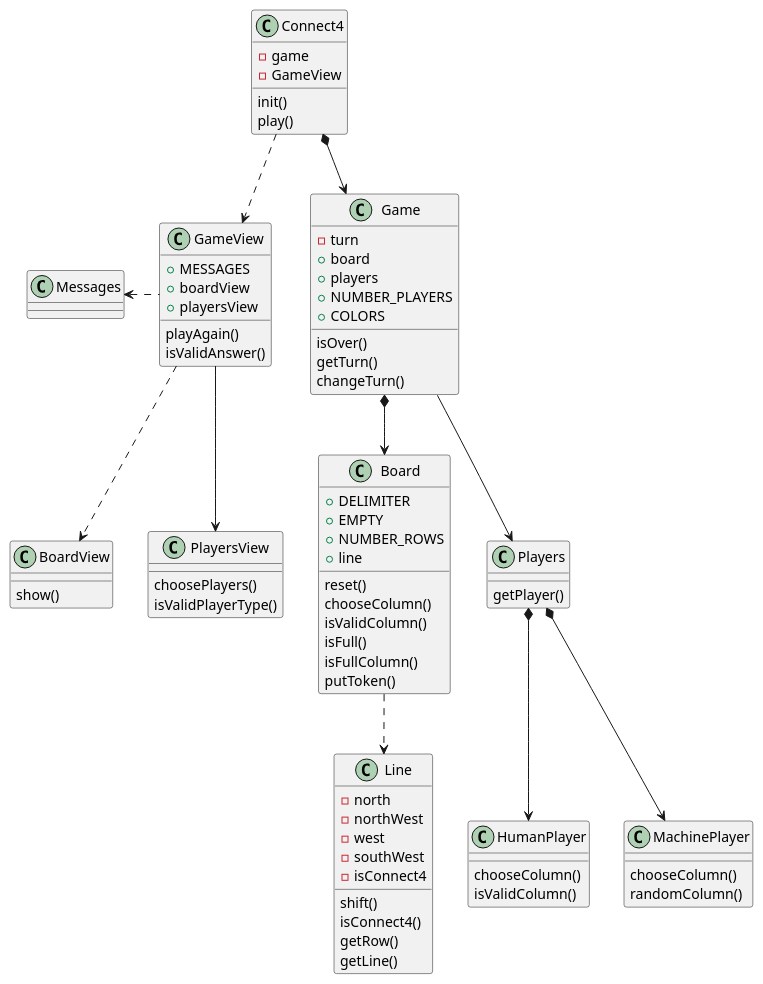
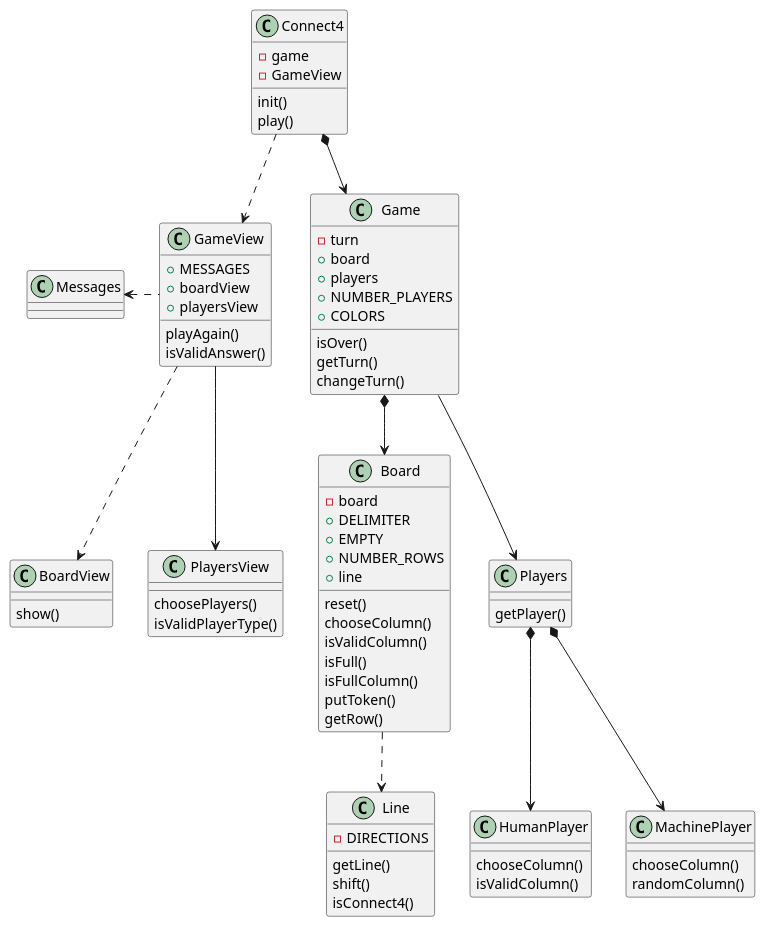
One commit to BernatQI/Master-Programacion-Diseno-Software changed the diagram in Connect4/images/structure-diagrams/classes-diagram.plantuml. Above: the diagram before and after it, drawn with PlantUML. The commit also changed 1 other file, not shown here.

Commit message:
update isConnect4

```diff
--- a/Connect4/images/structure-diagrams/classes-diagram.plantuml
+++ b/Connect4/images/structure-diagrams/classes-diagram.plantuml
@@ -1,87 +1,84 @@
 @startuml "Classes Diagram"
 
 class Connect4 {
   - game
   - GameView
 
   init()
   play()
 }
 class Game {
   - turn
   + board
   + players
   + NUMBER_PLAYERS
   + COLORS
 
   isOver()
   getTurn()
   changeTurn()
 }
 class GameView {
   + MESSAGES
   + boardView
   + playersView
 
   playAgain()
   isValidAnswer()
 }
 class Board {
+  - board
   + DELIMITER
   + EMPTY
   + NUMBER_ROWS
   + line
 
   reset()
   chooseColumn()
   isValidColumn()
   isFull()
   isFullColumn()
   putToken()
+  getRow()
 }
 class BoardView {
   show()
 }
 class Line {
-  - north
-  - northWest
-  - west
-  - southWest
-  - isConnect4
+  - DIRECTIONS
 
+  getLine()
   shift()
   isConnect4()
-  getRow()
-  getLine()
 }
 class Players {
   getPlayer()
 }
 class PlayersView {
   choosePlayers()
   isValidPlayerType()
 }
 class HumanPlayer {
   chooseColumn()
   isValidColumn()
 }
 class MachinePlayer {
   chooseColumn()
   randomColumn()
 }
 class Messages {
 
 }
 
 Connect4 *--> Game
 Connect4 ..> GameView
 Game --> Players
 Game *--> Board
 GameView ..> BoardView
 GameView --> PlayersView
 Messages <. GameView
 Board ..> Line
 Players *--> HumanPlayer
 Players *--> MachinePlayer
 
 @enduml
```
